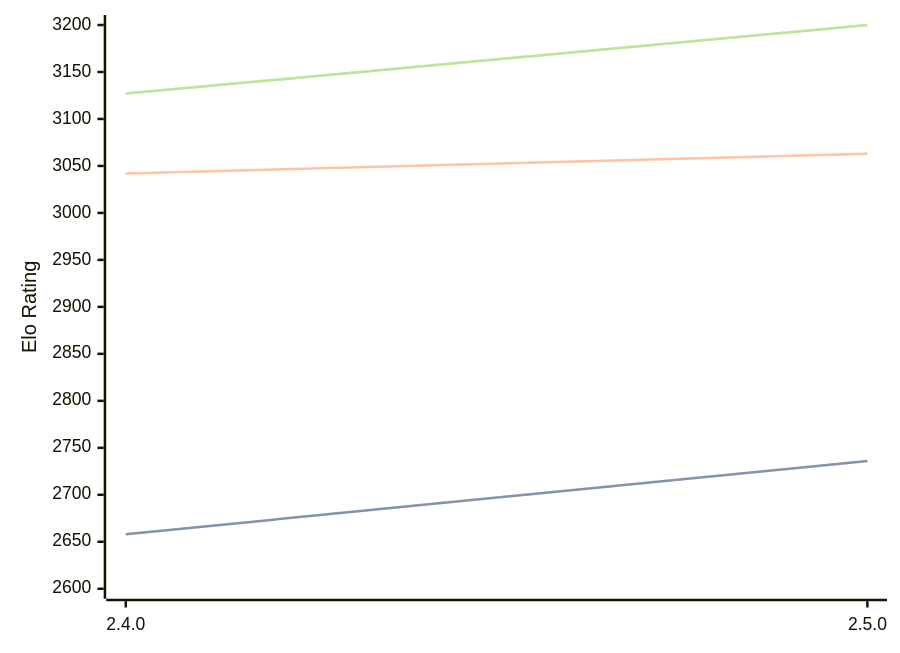
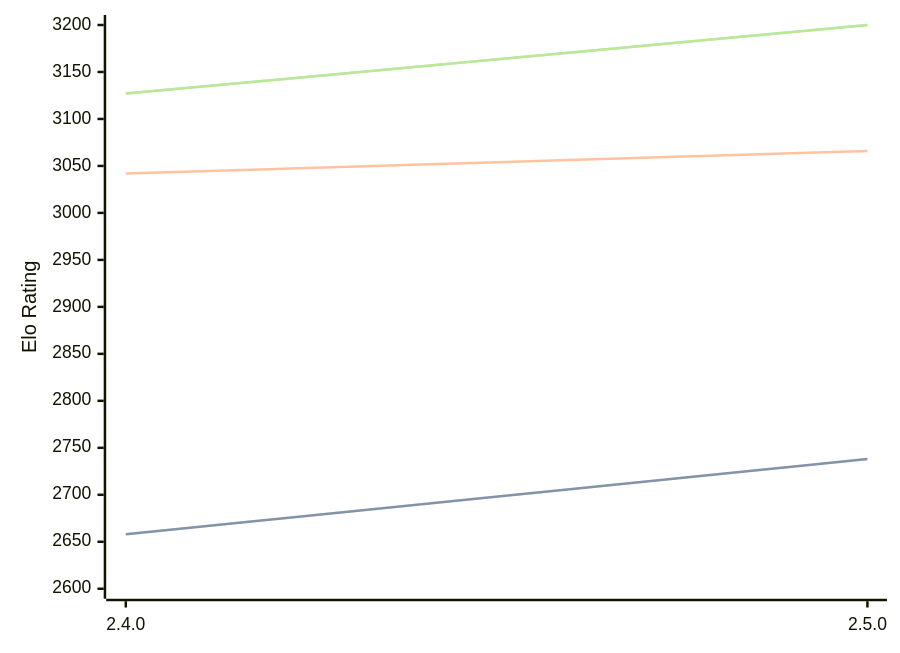
The diagram in engines/Sturddle2.md (computer-chess-index/cci), drawn with Mermaid before and after one commit. The commit also changed other lines of this file, not shown here.

Commit message:
Update CCI Ratings (ELO VLTC) - 2026-04-16

````diff
--- a/engines/Sturddle2.md
+++ b/engines/Sturddle2.md
@@ -37,11 +37,11 @@
 ```mermaid
 %%{init: {"theme":"base","themeVariables":{"seriesColors:['#a3a3a3','#222221','#faa371']}}}%%
 xychart-beta
   x-axis ["2.4.0", "2.5.0"]
   y-axis "Elo Rating" 2600 --> 3200
-  line "STC (8.0+0.08s)" [2658, 2736]
-  line "STC (8.0+0.08s)" [2658, 2736]
-  line "LTC (60.0+0.60s)" [3042, 3063]
+  line "STC (8.0+0.08s)" [2658, 2738]
+  line "STC (8.0+0.08s)" [2658, 2738]
+  line "LTC (60.0+0.60s)" [3042, 3066]
   line "VLTC (2m24s+1.12s)" [3127, 3200]
   line "VLTC (2m24s+1.12s)" [3127, 3200]
 ```
````
